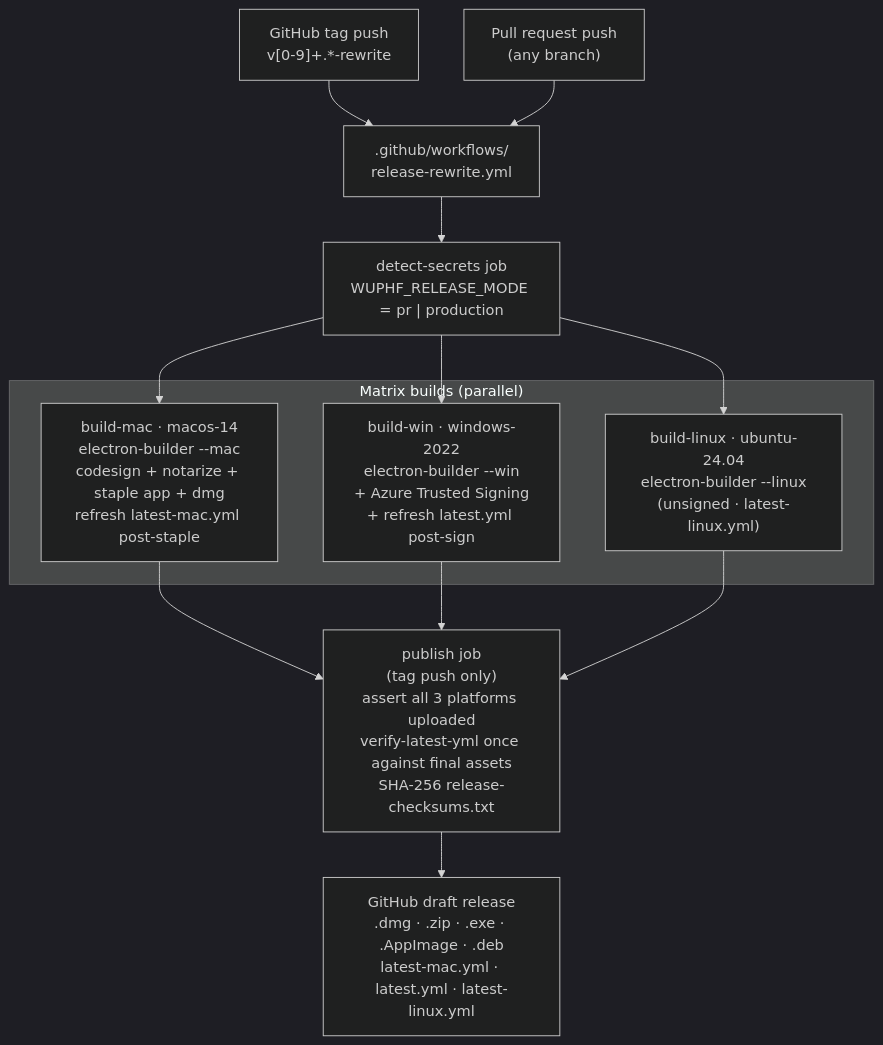
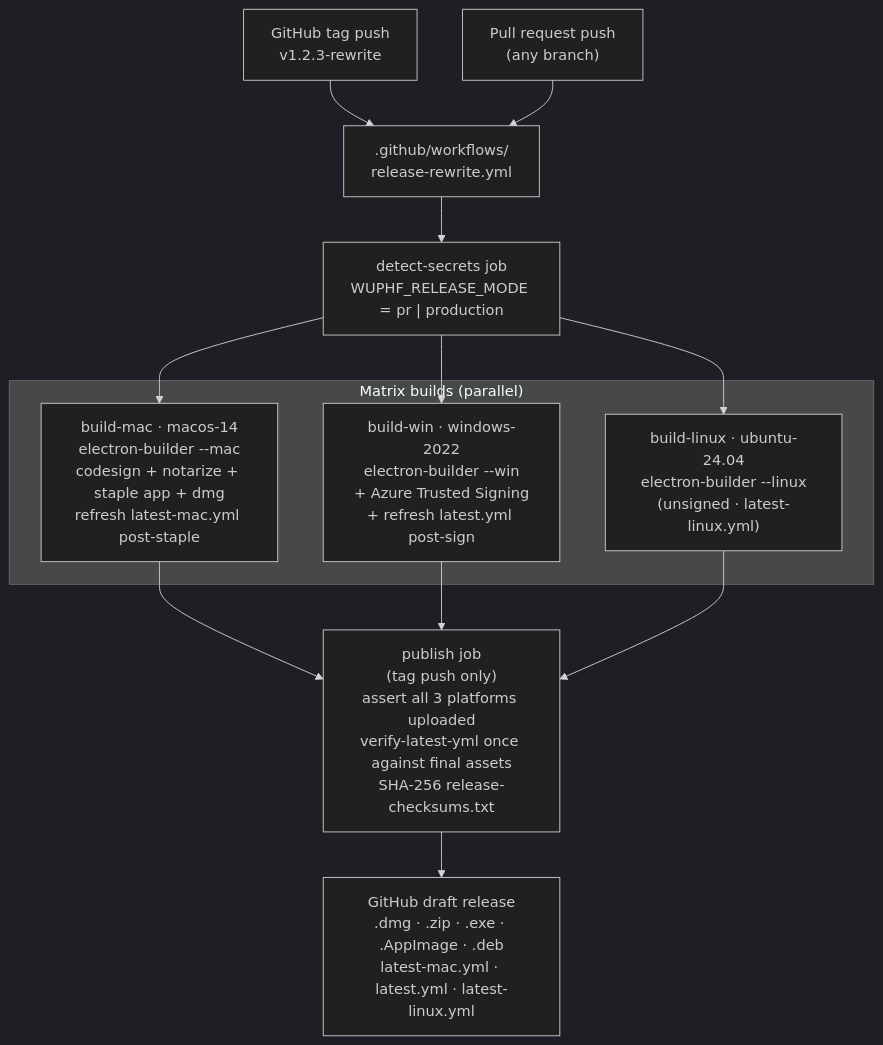
Before and after one commit to nex-crm/wuphf: the diagram in apps/installer-stub/README.md, drawn with Mermaid (dark theme). The commit also changed other lines of this file and 2 other files, not shown here.

Commit message:
ci(installer): validate tag is semver + -rewrite suffix before release (CR-MAJ-4)

````diff
--- a/apps/installer-stub/README.md
+++ b/apps/installer-stub/README.md
@@ -75,27 +75,27 @@
 ```mermaid
 flowchart TD
-    Tag["GitHub tag push<br/>v[0-9]+.*-rewrite"]
+    Tag["GitHub tag push<br/>v1.2.3-rewrite"]
     PR["Pull request push<br/>(any branch)"]
     Workflow[".github/workflows/<br/>release-rewrite.yml"]
     Detect["detect-secrets job<br/>WUPHF_RELEASE_MODE = pr | production"]
 
     subgraph builds["Matrix builds (parallel)"]
         Mac["build-mac · macos-14<br/>electron-builder --mac<br/>codesign + notarize + staple app + dmg<br/>refresh latest-mac.yml post-staple"]
         Win["build-win · windows-2022<br/>electron-builder --win<br/>+ Azure Trusted Signing<br/>+ refresh latest.yml post-sign"]
         Linux["build-linux · ubuntu-24.04<br/>electron-builder --linux<br/>(unsigned · latest-linux.yml)"]
     end
 
     Publish["publish job<br/>(tag push only)<br/>assert all 3 platforms uploaded<br/>verify-latest-yml once against final assets<br/>SHA-256 release-checksums.txt"]
     Release["GitHub draft release<br/>.dmg · .zip · .exe · .AppImage · .deb<br/>latest-mac.yml · latest.yml · latest-linux.yml"]
 
     Tag --> Workflow
     PR --> Workflow
     Workflow --> Detect
     Detect --> Mac
     Detect --> Win
     Detect --> Linux
     Mac --> Publish
     Win --> Publish
     Linux --> Publish
     Publish --> Release
 ```
````
